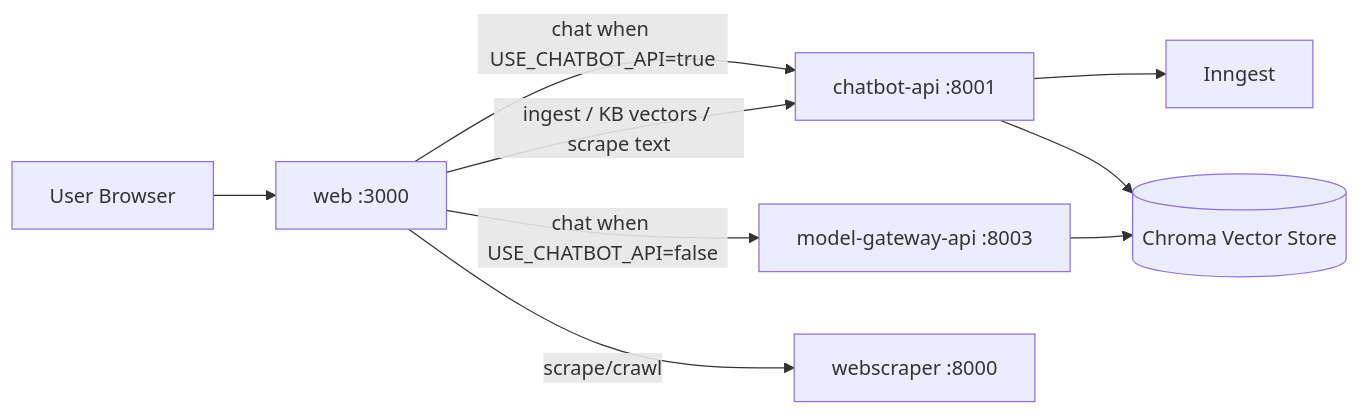
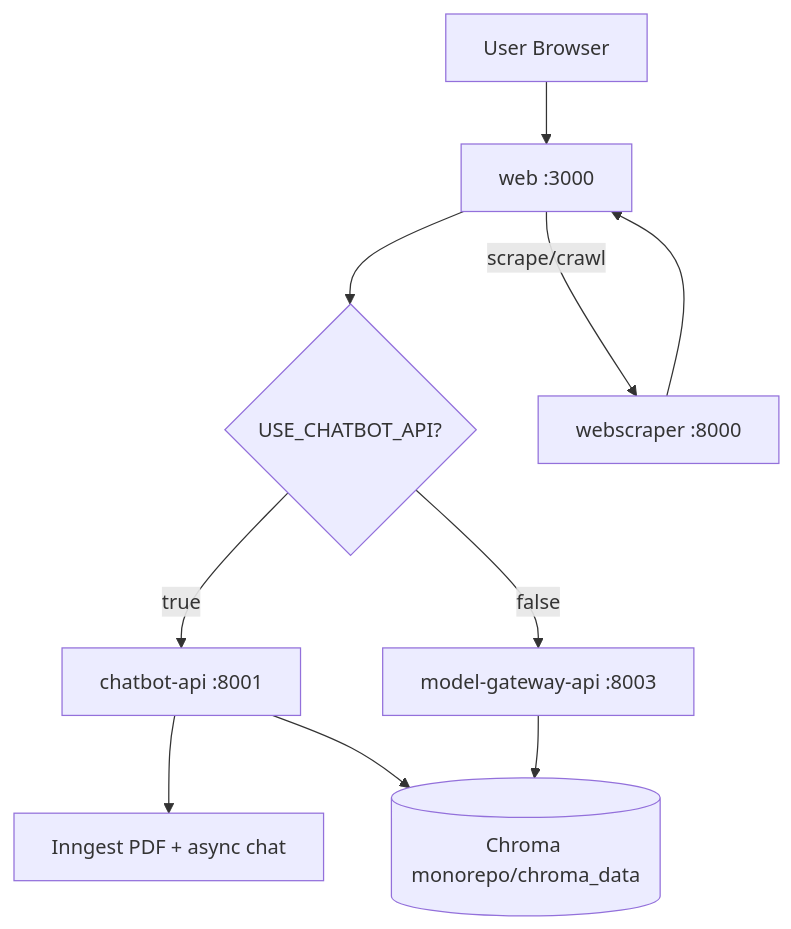
One commit to Hamzha/chatbot-service changed the diagram in monorepo/docs/README.md. Above: the diagram before and after it, drawn with Mermaid. The commit also changed other lines of this file and 30 other files, not shown here.

````diff
--- a/monorepo/docs/README.md
+++ b/monorepo/docs/README.md
@@ -14,11 +14,12 @@
 ```mermaid
-flowchart LR
+flowchart TD
     U[User Browser] --> W[web :3000]
-    W -->|chat when USE_CHATBOT_API=true| C[chatbot-api :8001]
-    W -->|chat when USE_CHATBOT_API=false| M[model-gateway-api :8003]
-    W -->|ingest / KB vectors / scrape text| C
+    W --> Q{USE_CHATBOT_API?}
+    Q -->|true| C[chatbot-api :8001]
+    Q -->|false| M[model-gateway-api :8003]
     W -->|scrape/crawl| S[webscraper :8000]
-    C --> I[Inngest]
-    C --> V[(Chroma Vector Store)]
+    C --> I[Inngest PDF + async chat]
+    C --> V[(Chroma monorepo/chroma_data)]
     M --> V
+    S --> W
 ```
````
